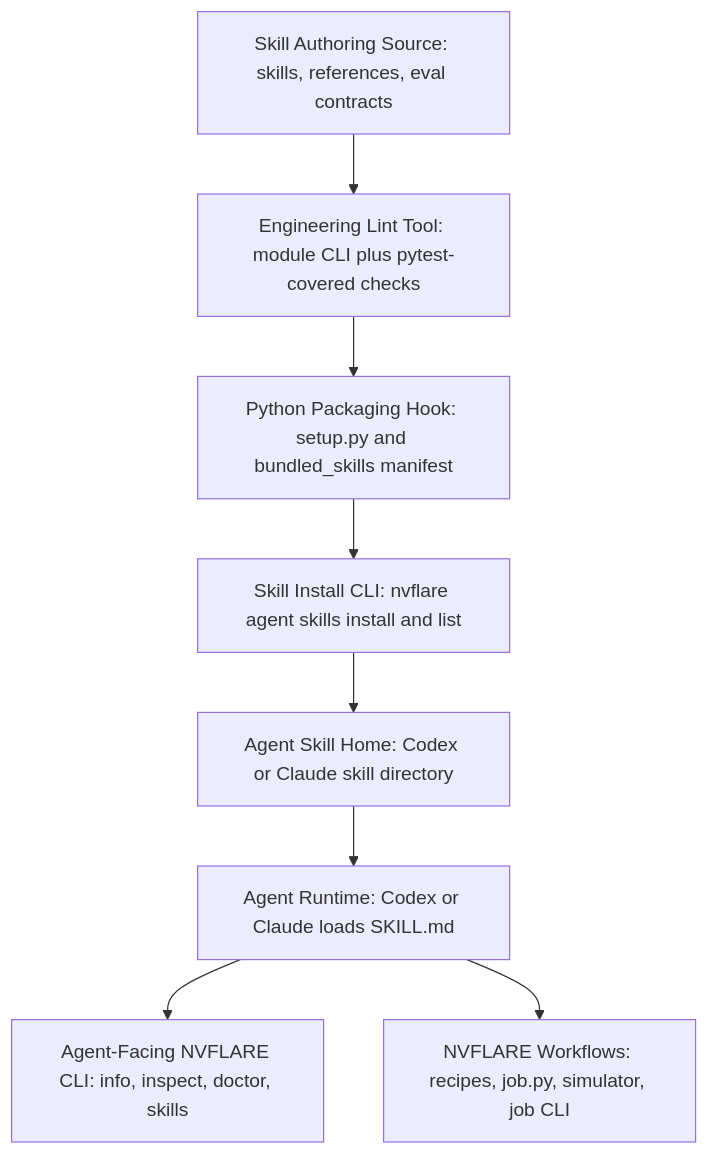
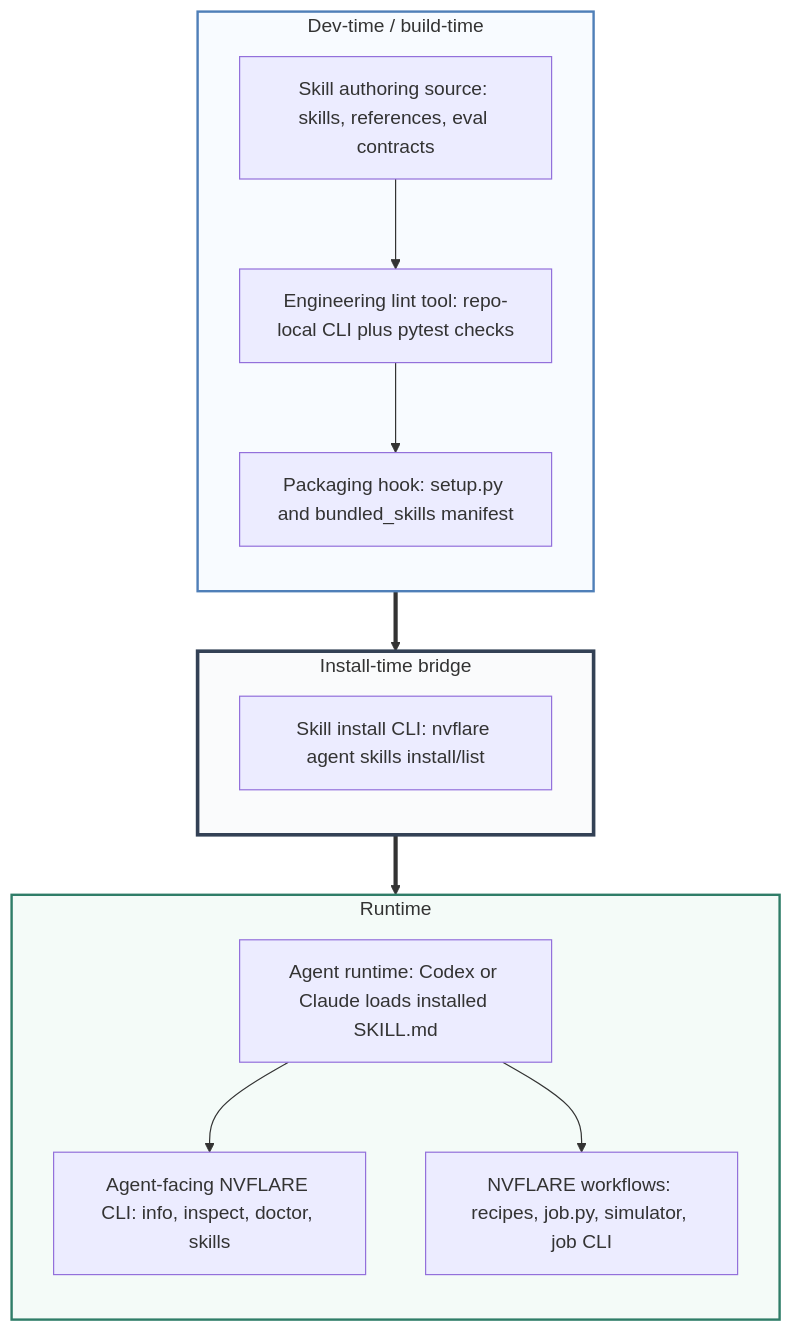
Before and after one commit to chesterxgchen/NVFlare: the first of 4 diagrams in docs/design/skills_architecture.md, drawn with Mermaid. The commit also changed other lines of this file, not shown here.

Commit message:
Polish agent skills architecture doc

````diff
--- a/docs/design/skills_architecture.md
+++ b/docs/design/skills_architecture.md
@@ -10,11 +16,26 @@
 ```mermaid
 flowchart TB
-    Authoring["Skill Authoring Source: skills, references, eval contracts"] --> Lint["Engineering Lint Tool: module CLI plus pytest-covered checks"]
-    Lint --> Package["Python Packaging Hook: setup.py and bundled_skills manifest"]
-    Package --> Install["Skill Install CLI: nvflare agent skills install and list"]
-    Install --> AgentHome["Agent Skill Home: Codex or Claude skill directory"]
+    subgraph DevBuild["Dev-time / build-time"]
+        direction TB
+        Authoring["Skill authoring source: skills, references, eval contracts"] --> Lint["Engineering lint tool: repo-local CLI plus pytest checks"]
+        Lint --> Package["Packaging hook: setup.py and bundled_skills manifest"]
+    end
 
-    AgentHome --> AgentRuntime["Agent Runtime: Codex or Claude loads SKILL.md"]
-    AgentRuntime --> AgentCLI["Agent-Facing NVFLARE CLI: info, inspect, doctor, skills"]
-    AgentRuntime --> NVFLAREWork["NVFLARE Workflows: recipes, job.py, simulator, job CLI"]
+    subgraph InstallBridge["Install-time bridge"]
+        direction TB
+        Install["Skill install CLI: nvflare agent skills install/list"]
+    end
+
+    subgraph Runtime["Runtime"]
+        direction TB
+        AgentRuntime["Agent runtime: Codex or Claude loads installed SKILL.md"] --> AgentCLI["Agent-facing NVFLARE CLI: info, inspect, doctor, skills"]
+        AgentRuntime --> NVFLAREWork["NVFLARE workflows: recipes, job.py, simulator, job CLI"]
+    end
+
+    Package ==> Install
+    Install ==> AgentRuntime
+
+    style DevBuild fill:#f8fbff,stroke:#4f7fb8,stroke-width:2px
+    style InstallBridge fill:#fafbfc,stroke:#334155,stroke-width:3px
+    style Runtime fill:#f4fbf8,stroke:#2f7d68,stroke-width:2px
 ```
````
